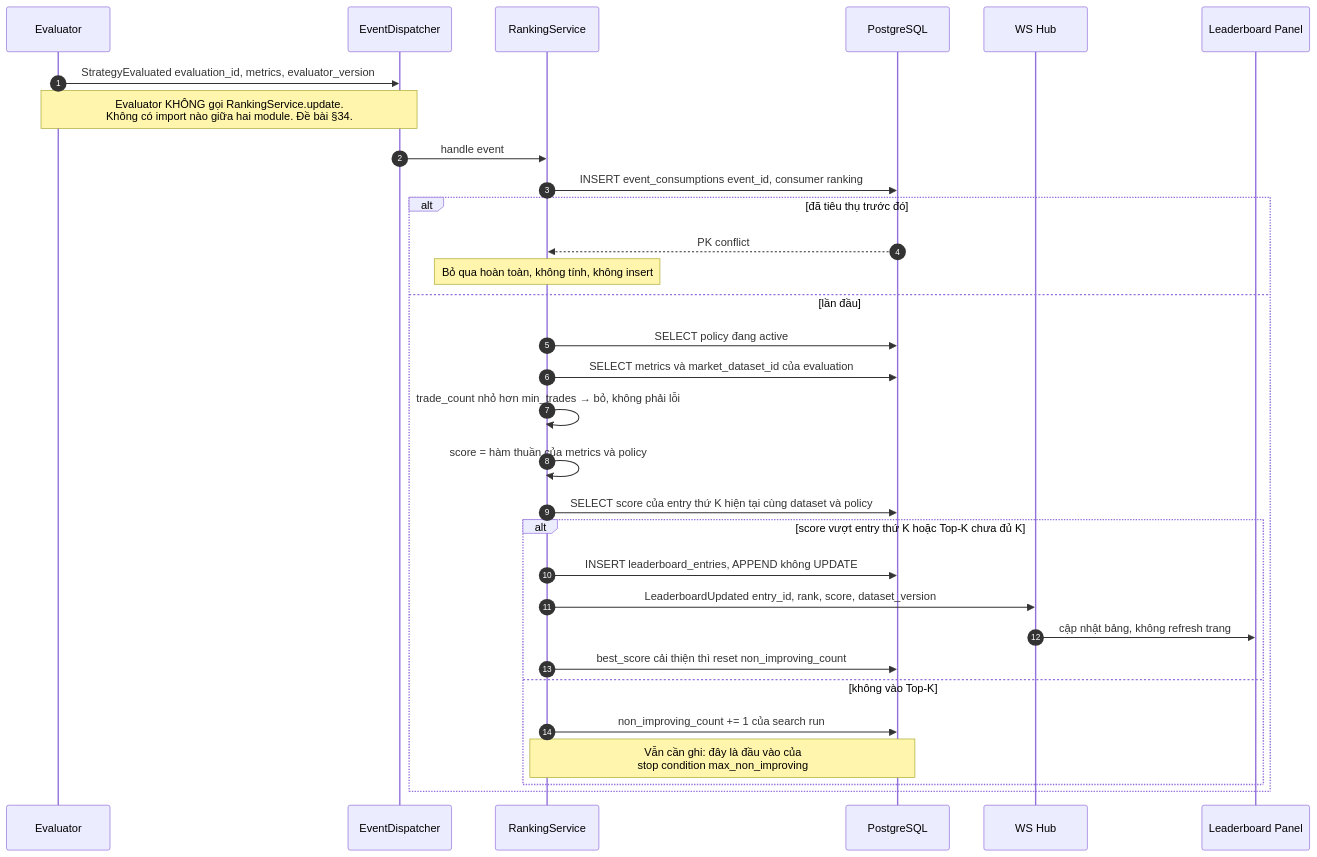
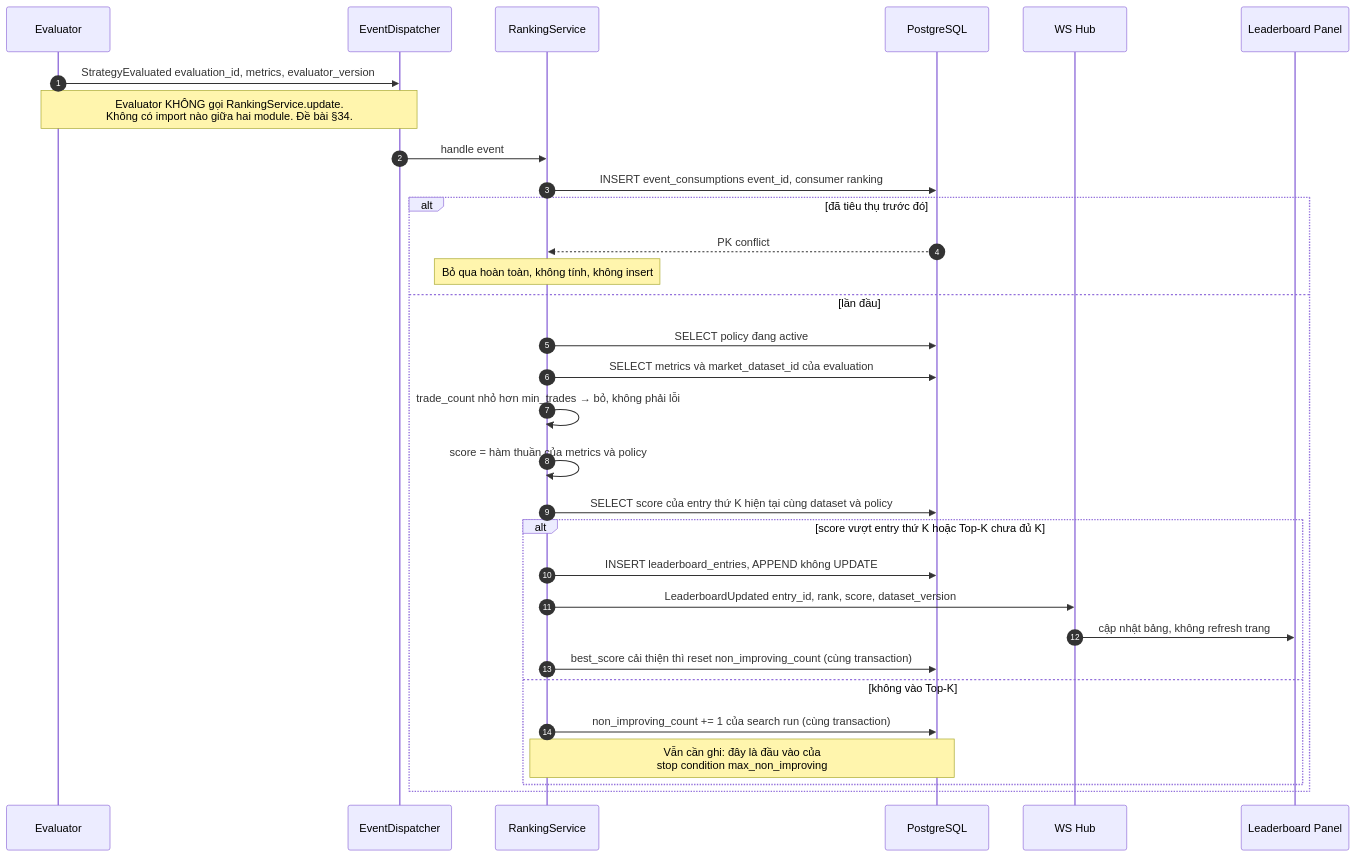
Before and after one commit to EnsoTech-Studio/CryptoBot: the first of 2 diagrams in blueprint/specs/leaderboard.md, drawn with Mermaid. The commit also changed other lines of this file and 59 other files, not shown here.

Commit message:
update(blueprint): finalize architecture contracts

````diff
--- a/blueprint/specs/leaderboard.md
+++ b/blueprint/specs/leaderboard.md
@@ -108,34 +124,34 @@
 ```mermaid
 sequenceDiagram
     autonumber
     participant EVA as Evaluator
     participant BUS as EventDispatcher
     participant RNK as RankingService
     participant DB as PostgreSQL
     participant HUB as WS Hub
     participant UI as Leaderboard Panel
 
     EVA->>BUS: StrategyEvaluated evaluation_id, metrics, evaluator_version
     Note over EVA,BUS: Evaluator KHÔNG gọi RankingService.update.<br/>Không có import nào giữa hai module. Đề bài §34.
     BUS->>RNK: handle event
     RNK->>DB: INSERT event_consumptions event_id, consumer ranking
     alt đã tiêu thụ trước đó
         DB-->>RNK: PK conflict
         Note over RNK: Bỏ qua hoàn toàn, không tính, không insert
     else lần đầu
         RNK->>DB: SELECT policy đang active
         RNK->>DB: SELECT metrics và market_dataset_id của evaluation
         RNK->>RNK: trade_count nhỏ hơn min_trades → bỏ, không phải lỗi
         RNK->>RNK: score = hàm thuần của metrics và policy
         RNK->>DB: SELECT score của entry thứ K hiện tại cùng dataset và policy
         alt score vượt entry thứ K hoặc Top-K chưa đủ K
             RNK->>DB: INSERT leaderboard_entries, APPEND không UPDATE
             RNK->>HUB: LeaderboardUpdated entry_id, rank, score, dataset_version
             HUB->>UI: cập nhật bảng, không refresh trang
-            RNK->>DB: best_score cải thiện thì reset non_improving_count
+            RNK->>DB: best_score cải thiện thì reset non_improving_count (cùng transaction)
         else không vào Top-K
-            RNK->>DB: non_improving_count += 1 của search run
+            RNK->>DB: non_improving_count += 1 của search run (cùng transaction)
             Note over RNK,DB: Vẫn cần ghi: đây là đầu vào của<br/>stop condition max_non_improving
         end
     end
 ```
````
